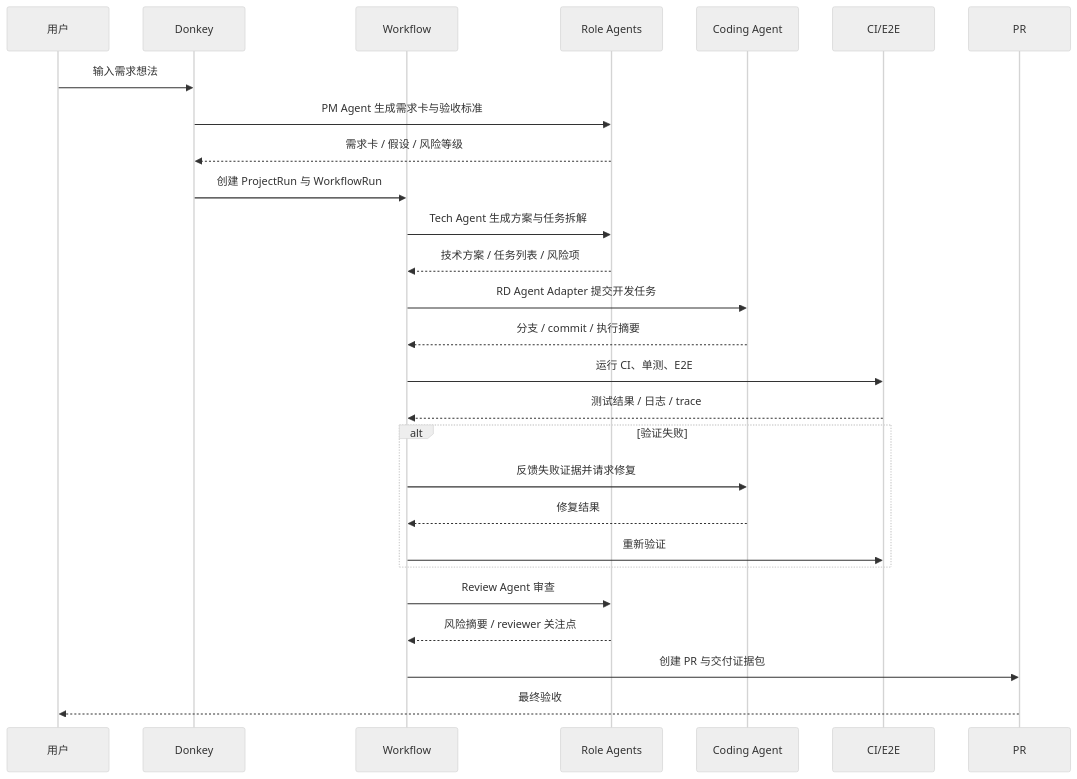
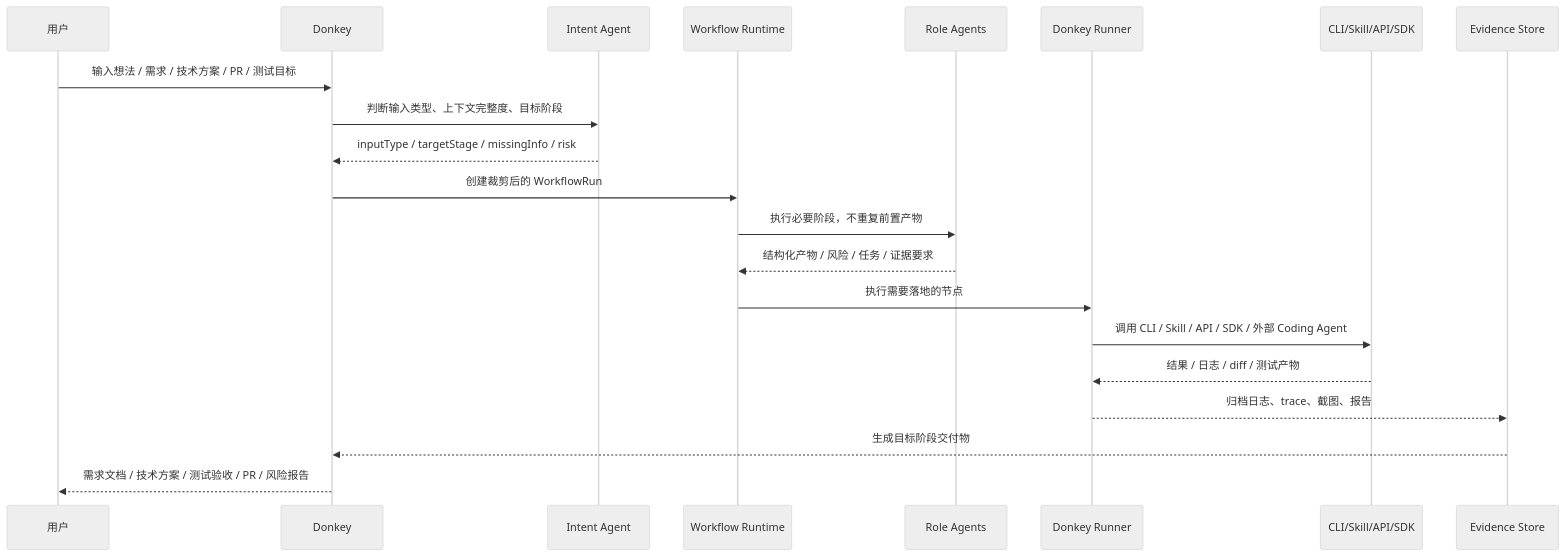
One commit to zesming/tekon changed the second of 2 diagrams in docs/technical/mvp-technical-plan.md. Above: the diagram before and after it, drawn with Mermaid (neutral theme). The commit also changed other lines of this file and 5 other files, not shown here.

````diff
--- a/docs/technical/mvp-technical-plan.md
+++ b/docs/technical/mvp-technical-plan.md
@@ -201,30 +526,24 @@
 ```mermaid
 sequenceDiagram
   participant User as 用户
   participant Donkey as Donkey
-  participant WF as Workflow
+  participant Intent as Intent Agent
+  participant WF as Workflow Runtime
   participant Agent as Role Agents
-  participant Code as Coding Agent
-  participant CI as CI/E2E
-  participant PR as PR
+  participant Runner as Donkey Runner
+  participant Tool as CLI/Skill/API/SDK
+  participant Evidence as Evidence Store
 
-  User->>Donkey: 输入需求想法
-  Donkey->>Agent: PM Agent 生成需求卡与验收标准
-  Agent-->>Donkey: 需求卡 / 假设 / 风险等级
-  Donkey->>WF: 创建 ProjectRun 与 WorkflowRun
-  WF->>Agent: Tech Agent 生成方案与任务拆解
-  Agent-->>WF: 技术方案 / 任务列表 / 风险项
-  WF->>Code: RD Agent Adapter 提交开发任务
-  Code-->>WF: 分支 / commit / 执行摘要
-  WF->>CI: 运行 CI、单测、E2E
-  CI-->>WF: 测试结果 / 日志 / trace
-  alt 验证失败
-    WF->>Code: 反馈失败证据并请求修复
-    Code-->>WF: 修复结果
-    WF->>CI: 重新验证
-  end
-  WF->>Agent: Review Agent 审查
-  Agent-->>WF: 风险摘要 / reviewer 关注点
-  WF->>PR: 创建 PR 与交付证据包
-  PR-->>User: 最终验收
+  User->>Donkey: 输入想法 / 需求 / 技术方案 / PR / 测试目标
+  Donkey->>Intent: 判断输入类型、上下文完整度、目标阶段
+  Intent-->>Donkey: inputType / targetStage / missingInfo / risk
+  Donkey->>WF: 创建裁剪后的 WorkflowRun
+  WF->>Agent: 执行必要阶段，不重复前置产物
+  Agent-->>WF: 结构化产物 / 风险 / 任务 / 证据要求
+  WF->>Runner: 执行需要落地的节点
+  Runner->>Tool: 调用 CLI / Skill / API / SDK / 外部 Coding Agent
+  Tool-->>Runner: 结果 / 日志 / diff / 测试产物
+  Runner-->>Evidence: 归档日志、trace、截图、报告
+  Evidence-->>Donkey: 生成目标阶段交付物
+  Donkey-->>User: 需求文档 / 技术方案 / 测试验收 / PR / 风险报告
 ```
````
